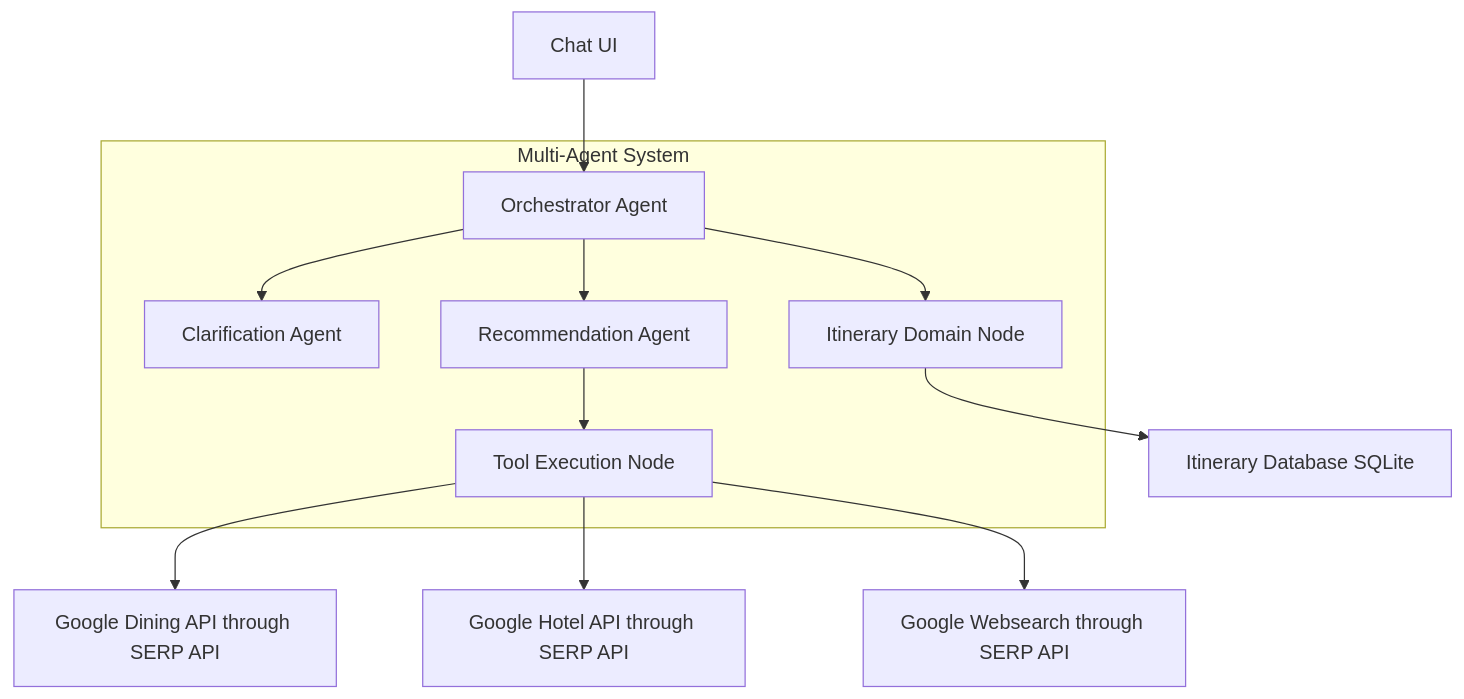
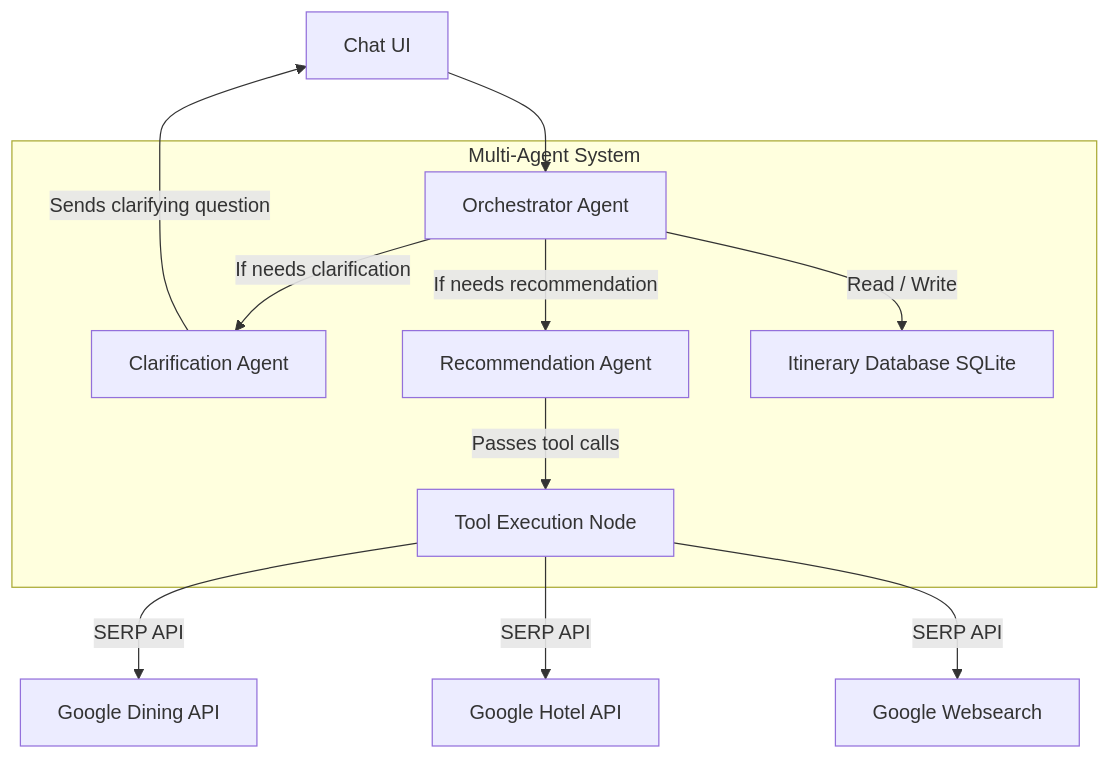
One commit to swamibala/smart-travel-planner changed the diagram in README.md. Above: the diagram before and after it, drawn with Mermaid.

Commit message:
Add clarifying question flow from Clarify Agent to Chat in mermaid diagram

````diff
--- a/README.md
+++ b/README.md
@@ -3,33 +3,32 @@
 ```mermaid 
 graph TD
     CHAT[Chat UI]
     ORCH_AGENT[Orchestrator Agent]
     CLARIFY_AGENT[Clarification Agent]
     RECOMMEND_AGENT[Recommendation Agent]
     TOOL_NODE[Tool Execution Node]
-    GOOGLE_DINING[Google Dining API through SERP API]
-    GOOGLE_HOTEL[Google Hotel API through SERP API]
-    GOOGLE_ACTIVITIES[Google Websearch through SERP API]
-    ITINERARY_DB[Itinerary Database SQLite]
+    GOOGLE_DINING[Google Dining API]
+    GOOGLE_HOTEL[Google Hotel API]
+    GOOGLE_ACTIVITIES[Google Websearch]
 
     subgraph Multi-Agent System
         ORCH_AGENT[Orchestrator Agent]
         CLARIFY_AGENT[Clarification Agent]
         RECOMMEND_AGENT[Recommendation Agent]
         TOOL_NODE[Tool Execution Node]
-        ITINERARY_DOMAIN_NODE[Itinerary Domain Node]
+        ITINERARY_DB[Itinerary Database SQLite]
     end
 
     CHAT --> ORCH_AGENT
-    ORCH_AGENT --> CLARIFY_AGENT
-    ORCH_AGENT --> RECOMMEND_AGENT
-    ORCH_AGENT --> ITINERARY_DOMAIN_NODE
+    ORCH_AGENT -->|If needs clarification| CLARIFY_AGENT
+    ORCH_AGENT -->|If needs recommendation| RECOMMEND_AGENT
+    ORCH_AGENT -->|Read / Write| ITINERARY_DB
 
-    RECOMMEND_AGENT --> TOOL_NODE
+    RECOMMEND_AGENT -->|Passes tool calls| TOOL_NODE
 
-    TOOL_NODE --> GOOGLE_DINING
-    TOOL_NODE --> GOOGLE_HOTEL
-    TOOL_NODE --> GOOGLE_ACTIVITIES
+    TOOL_NODE -->|SERP API| GOOGLE_DINING
+    TOOL_NODE -->|SERP API| GOOGLE_HOTEL
+    TOOL_NODE -->|SERP API| GOOGLE_ACTIVITIES
 
-    ITINERARY_DOMAIN_NODE --> ITINERARY_DB
+    CLARIFY_AGENT -->|Sends clarifying question| CHAT
 ```
````
